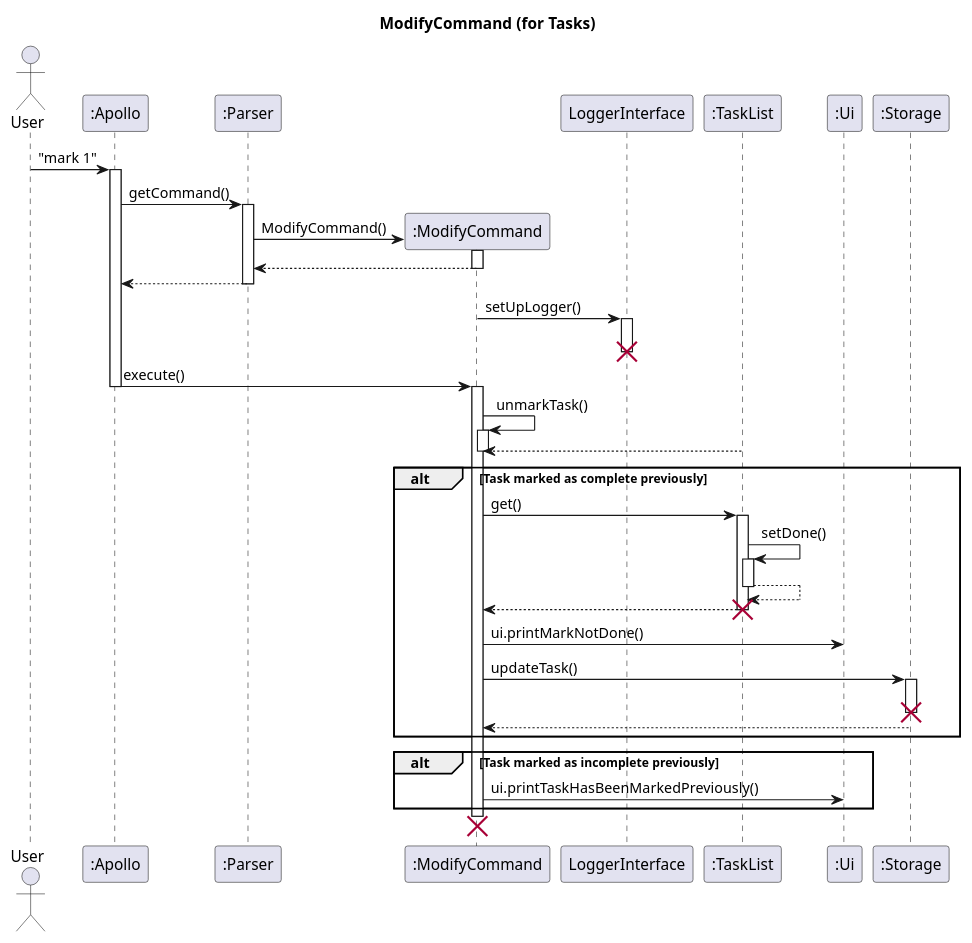
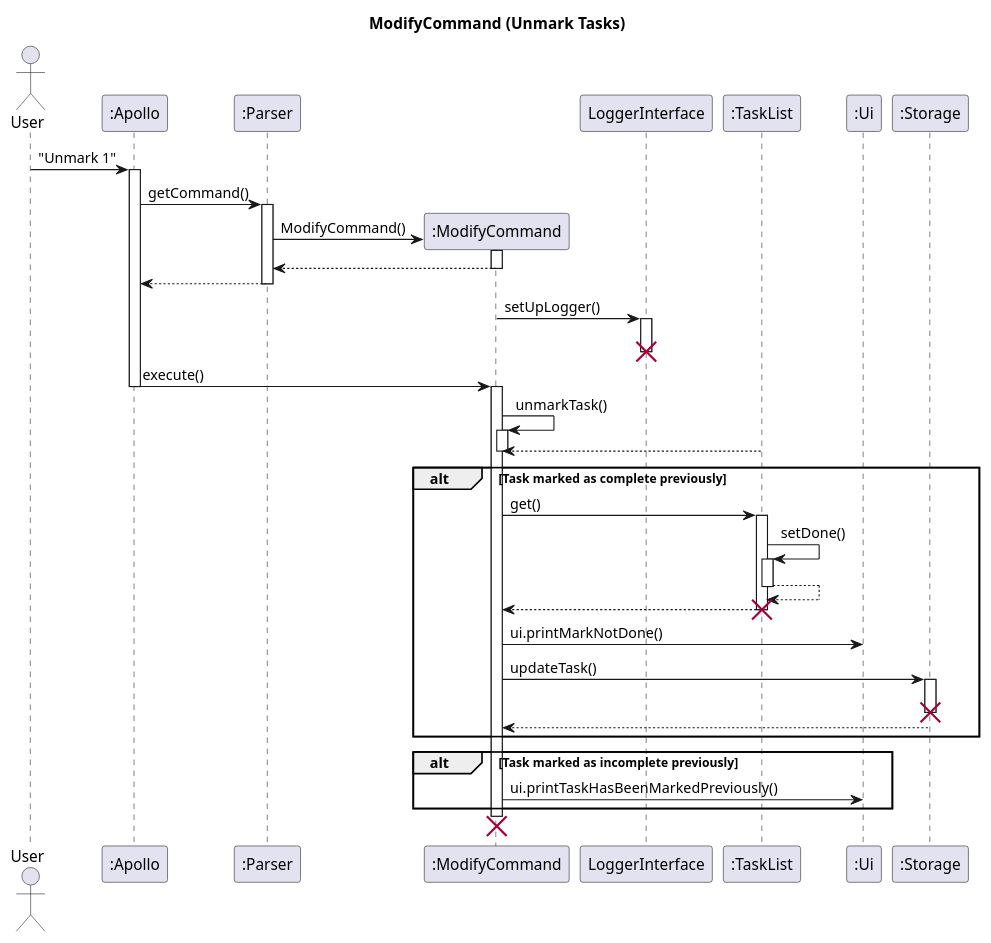
The diagram in docs/uml-source/ModifyCommand.puml (nus-cs2113-AY2223S2/tp), drawn with PlantUML before and after one commit.

```diff
--- a/docs/uml-source/ModifyCommand.puml
+++ b/docs/uml-source/ModifyCommand.puml
@@ -1,52 +1,52 @@
 @startuml
 'https://plantuml.com/sequence-diagram
 
 skinparam maxMessageSize 150
-title ModifyCommand (for Tasks)
+title ModifyCommand (Unmark Tasks)
 
 actor User
 participant ":Apollo" as Apollo
 participant ":Parser" as Parser
 participant ":ModifyCommand" as modify
 participant "LoggerInterface" as Logger
 participant ":TaskList" as TaskList
 participant ":Ui" as Ui
 participant ":Storage" as Storage
 
-User -> Apollo : "mark 1"
+User -> Apollo : "Unmark 1"
 activate Apollo
 Apollo -> Parser : getCommand()
 activate Parser
 Parser -> modify** : ModifyCommand()
 modify++
 return
 return
 modify -> Logger: setUpLogger()
 activate Logger
 deactivate Logger
 destroy Logger
 
 Apollo -> modify : execute()
 Apollo--
 activate modify
 modify -> modify++ : unmarkTask()
 TaskList --> modify
 modify --
 alt Task marked as complete previously
 modify -> TaskList++: get()
 TaskList -> TaskList ++ :setDone()
 return
 modify <-- TaskList--
 destroy TaskList
 modify -> Ui : ui.printMarkNotDone()
 modify -> Storage ++: updateTask()
 destroy Storage
 return
 end
 alt Task marked as incomplete previously
 modify -> Ui : ui.printTaskHasBeenMarkedPreviously()
 end
 destroy modify
 
 
 @enduml
```
